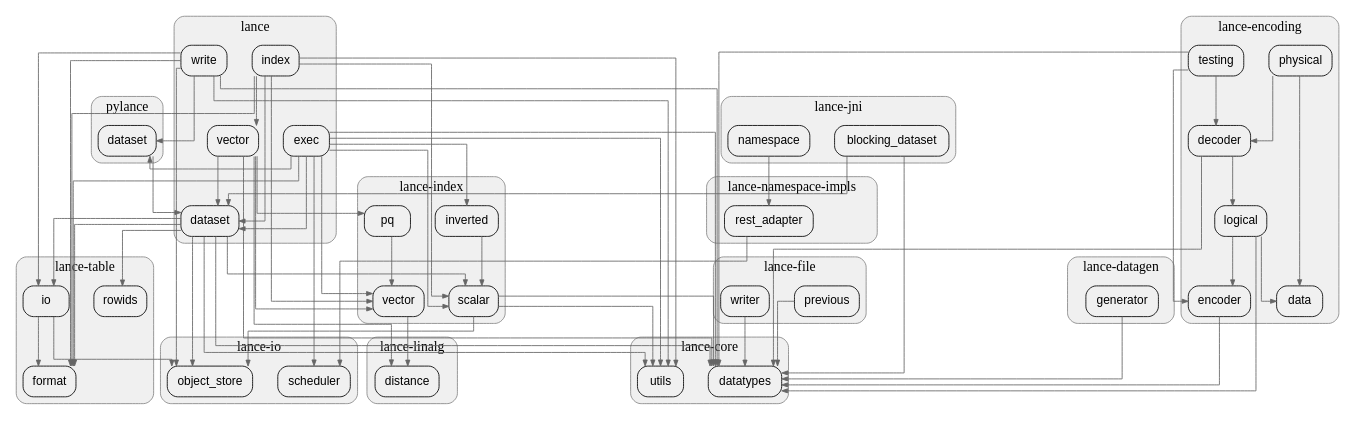
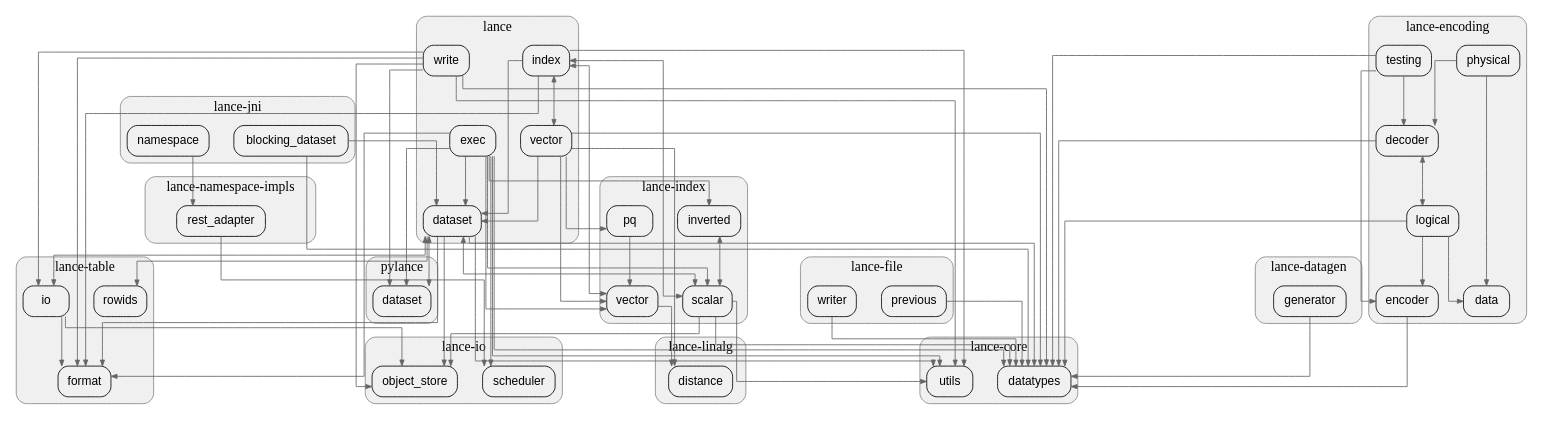
Before and after one commit to allenanswerzq/llmcc: the diagram in sample/lance-pagerank/depth_2_module.dot, drawn with Graphviz. The commit also changed 187 other files, not shown here.

```diff
--- a/sample/lance-pagerank/depth_2_module.dot
+++ b/sample/lance-pagerank/depth_2_module.dot
@@ -155,13 +155,14 @@
   mod_lance_datagen_generator -> mod_lance_core_datatypes;
   mod_lance_dataset -> mod_lance_core_datatypes;
   mod_lance_dataset -> mod_lance_core_utils;
-  mod_lance_dataset -> mod_lance_index_scalar;
+  mod_lance_dataset -> mod_lance_index_scalar [dir=both]; // best-effort not accurate
   mod_lance_dataset -> mod_lance_io_object_store;
   mod_lance_dataset -> mod_lance_table_format;
-  mod_lance_dataset -> mod_lance_table_io;
+  mod_lance_dataset -> mod_lance_table_io [dir=both]; // best-effort not accurate
   mod_lance_dataset -> mod_lance_table_rowids;
+  mod_lance_dataset -> mod_pylance_dataset [dir=both]; // best-effort not accurate
   mod_lance_encoding_decoder -> mod_lance_core_datatypes;
-  mod_lance_encoding_decoder -> mod_lance_encoding_logical;
+  mod_lance_encoding_decoder -> mod_lance_encoding_logical [dir=both]; // best-effort not accurate
   mod_lance_encoding_encoder -> mod_lance_core_datatypes;
   mod_lance_encoding_logical -> mod_lance_core_datatypes;
   mod_lance_encoding_logical -> mod_lance_encoding_data;
@@ -184,11 +185,11 @@
   mod_lance_file_writer -> mod_lance_core_datatypes;
   mod_lance_index -> mod_lance_core_utils;
   mod_lance_index -> mod_lance_dataset;
-  mod_lance_index -> mod_lance_index_scalar;
-  mod_lance_index -> mod_lance_index_vector;
+  mod_lance_index -> mod_lance_index_scalar [dir=both]; // best-effort not accurate
+  mod_lance_index -> mod_lance_index_vector [dir=both]; // best-effort not accurate
   mod_lance_index -> mod_lance_table_format;
-  mod_lance_index -> mod_lance_vector;
-  mod_lance_index_inverted -> mod_lance_index_scalar;
+  mod_lance_index -> mod_lance_vector [dir=both]; // best-effort not accurate
+  mod_lance_index_inverted -> mod_lance_index_scalar [dir=both]; // best-effort not accurate
   mod_lance_index_pq -> mod_lance_index_vector;
   mod_lance_index_scalar -> mod_lance_core_datatypes;
   mod_lance_index_scalar -> mod_lance_core_utils;
@@ -211,5 +212,4 @@
   mod_lance_write -> mod_lance_table_format;
   mod_lance_write -> mod_lance_table_io;
   mod_lance_write -> mod_pylance_dataset;
-  mod_pylance_dataset -> mod_lance_dataset;
 }
```
